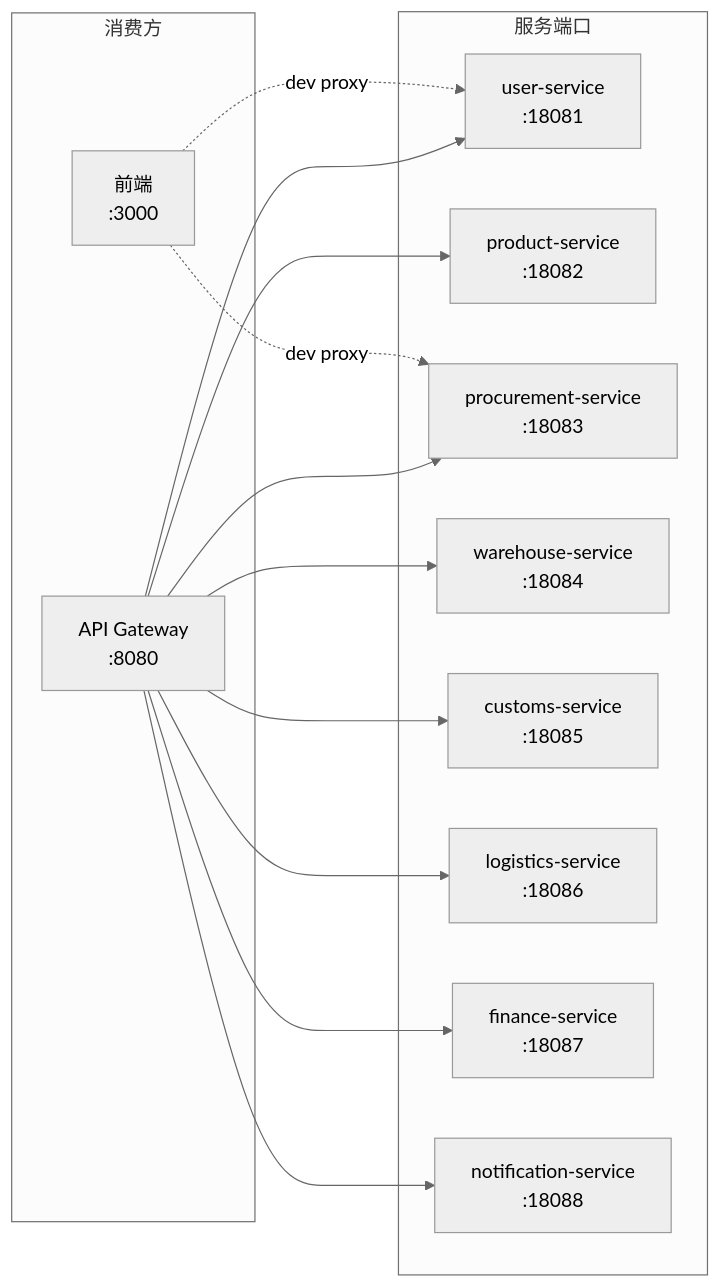
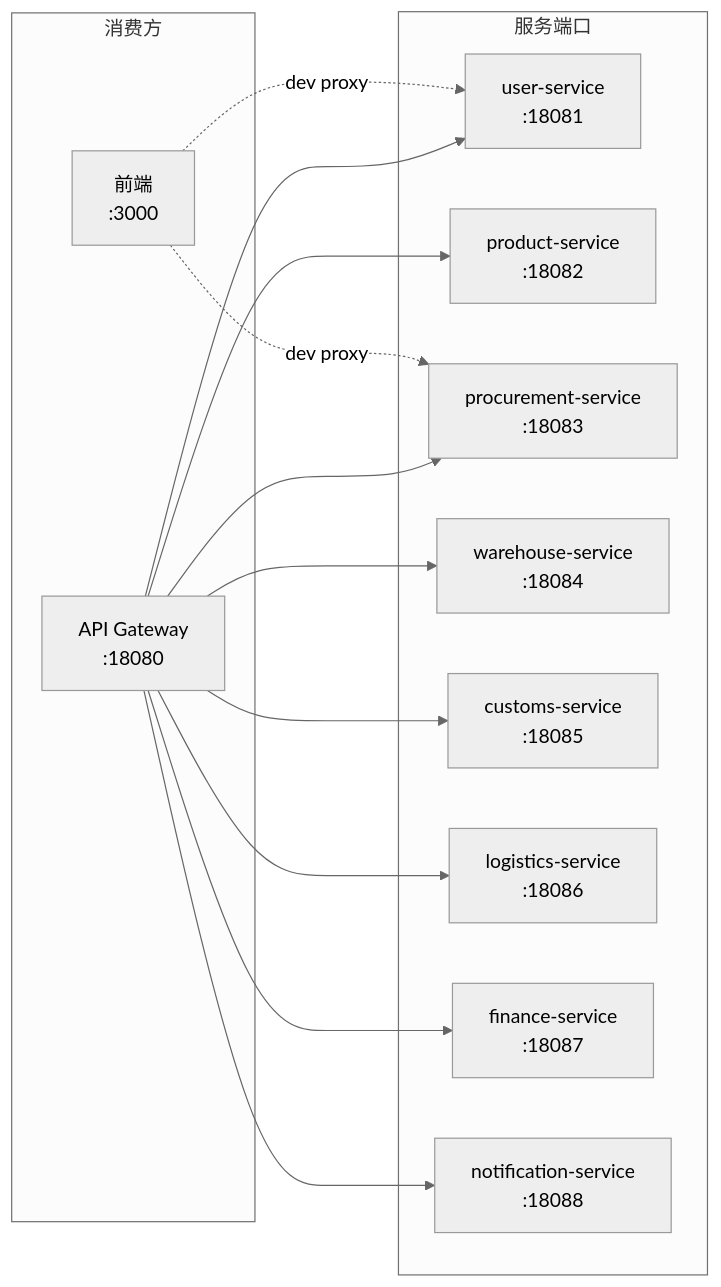
Before and after one commit to jieraltjp/ManpouChinaSystem: the fourth of 6 diagrams in docs/ui/ARCHITECTURE.md, drawn with Mermaid (neutral theme). The commit also changed other lines of this file, not shown here.

Commit message:
fix(docs): ARCHITECTURE.md gateway 端口 8080→18080

````diff
--- a/docs/ui/ARCHITECTURE.md
+++ b/docs/ui/ARCHITECTURE.md
@@ -130,30 +130,30 @@
 ```mermaid
 graph LR
     subgraph Ports["服务端口"]
         P81["user-service\n:18081"]
         P82["product-service\n:18082"]
         P83["procurement-service\n:18083"]
         P84["warehouse-service\n:18084"]
         P85["customs-service\n:18085"]
         P86["logistics-service\n:18086"]
         P87["finance-service\n:18087"]
         P88["notification-service\n:18088"]
     end
 
     subgraph Clients["消费方"]
-        GW["API Gateway\n:8080"]
+        GW["API Gateway\n:18080"]
         WEB["前端\n:3000"]
     end
 
     GW --> P81
     GW --> P82
     GW --> P83
     GW --> P84
     GW --> P85
     GW --> P86
     GW --> P87
     GW --> P88
 
     WEB -.->|"dev proxy"| P81
     WEB -.->|"dev proxy"| P83
 ```
````
